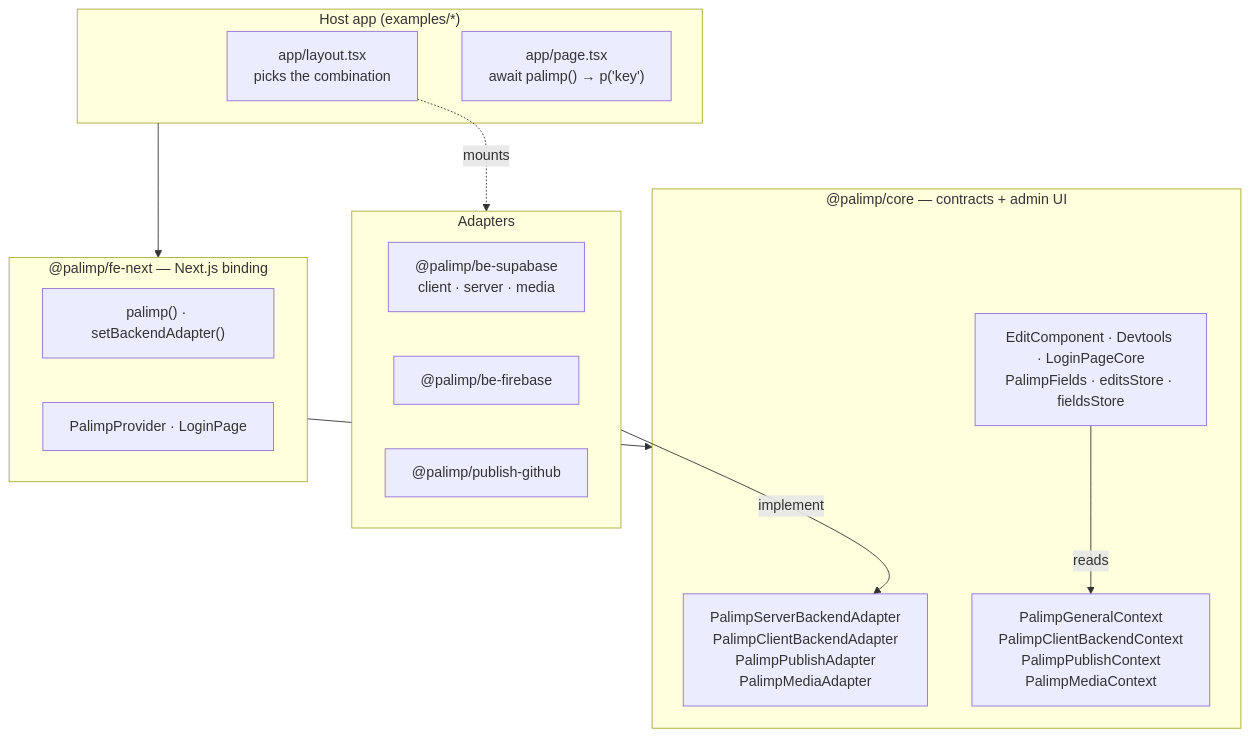
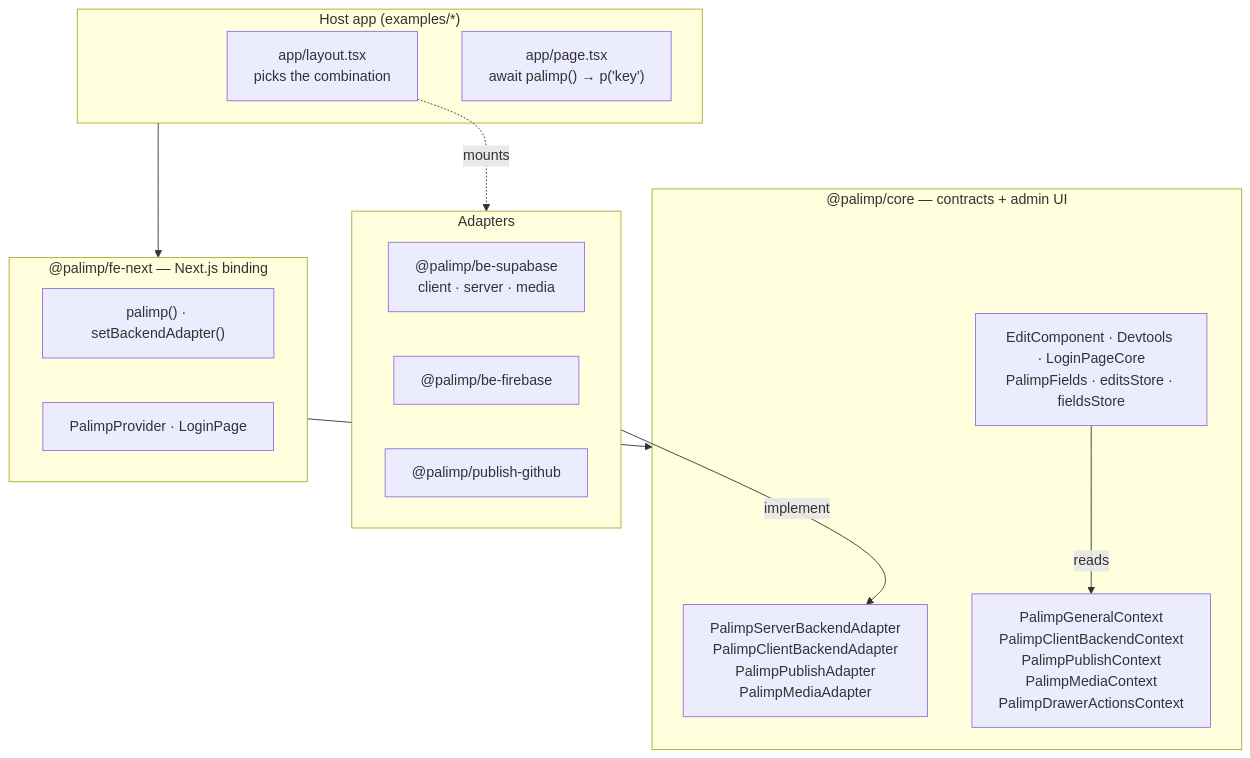
The first of 4 diagrams in docs/architecture.md (mishishishi/palimp), drawn with Mermaid before and after one commit. The commit also changed other lines of this file and 2 other files, not shown here.

First line of the commit message:
docs: landing notes for drawer actions, and architecture.md

````diff
--- a/docs/architecture.md
+++ b/docs/architecture.md
@@ -27,30 +27,30 @@
 ```mermaid
 flowchart TB
     subgraph host["Host app (examples/*)"]
         layout["app/layout.tsx<br/>picks the combination"]
         page["app/page.tsx<br/>await palimp() → p('key')"]
     end
 
     subgraph fe["@palimp/fe-next — Next.js binding"]
         palimpfn["palimp() · setBackendAdapter()"]
         provider["PalimpProvider · LoginPage"]
     end
 
     subgraph core["@palimp/core — contracts + admin UI"]
         contracts["PalimpServerBackendAdapter<br/>PalimpClientBackendAdapter<br/>PalimpPublishAdapter<br/>PalimpMediaAdapter"]
-        ctx["PalimpGeneralContext<br/>PalimpClientBackendContext<br/>PalimpPublishContext<br/>PalimpMediaContext"]
+        ctx["PalimpGeneralContext<br/>PalimpClientBackendContext<br/>PalimpPublishContext<br/>PalimpMediaContext<br/>PalimpDrawerActionsContext"]
         admin["EditComponent · Devtools · LoginPageCore<br/>PalimpFields · editsStore · fieldsStore"]
     end
 
     subgraph impls["Adapters"]
         sb["@palimp/be-supabase<br/>client · server · media"]
         fb["@palimp/be-firebase"]
         gh["@palimp/publish-github"]
     end
 
     host --> fe
     fe --> core
     layout -.mounts.-> impls
     impls -- implement --> contracts
     admin -- reads --> ctx
 ```
````
